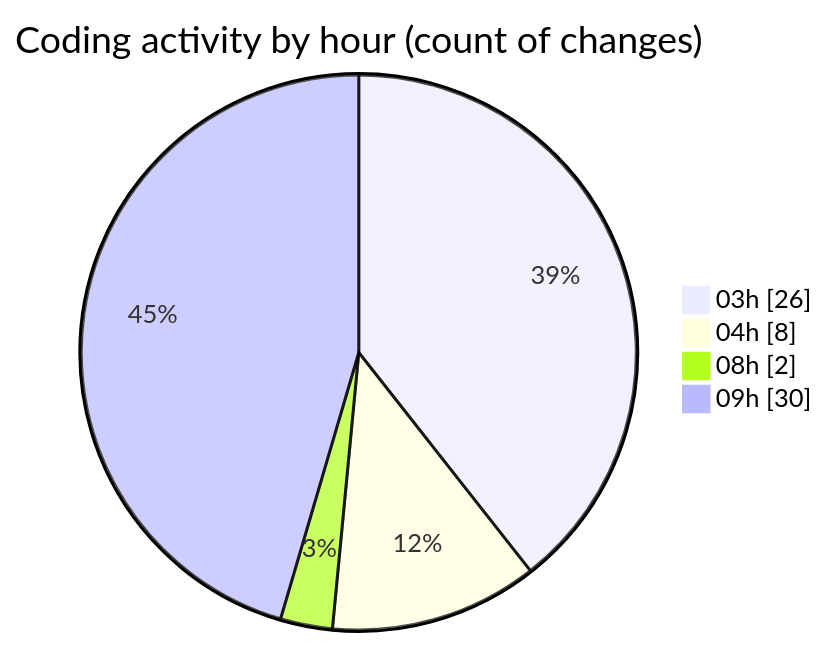
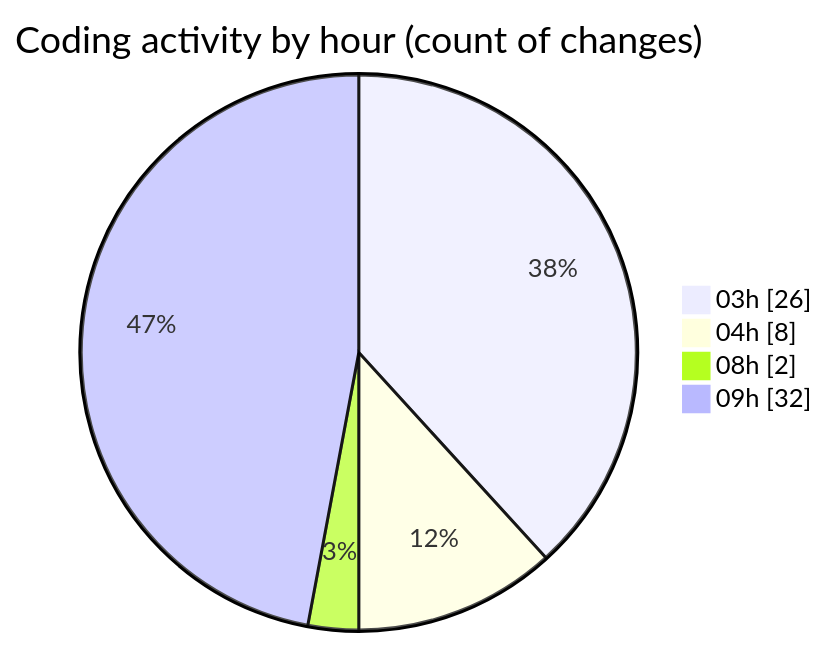
The second of 2 diagrams in 2025-06-20/modeljsondesigner/README.md (JenPaints/code-tracking), drawn with Mermaid before and after one commit. The commit also changed other lines of this file and 1 other file, not shown here.

````diff
--- a/2025-06-20/modeljsondesigner/README.md
+++ b/2025-06-20/modeljsondesigner/README.md
@@ -46,8 +46,8 @@
 ```mermaid
 pie showData
 title Coding activity by hour (count of changes)
 "03h" : 26
 "04h" : 8
 "08h" : 2
-"09h" : 30
+"09h" : 32
 ```
````
